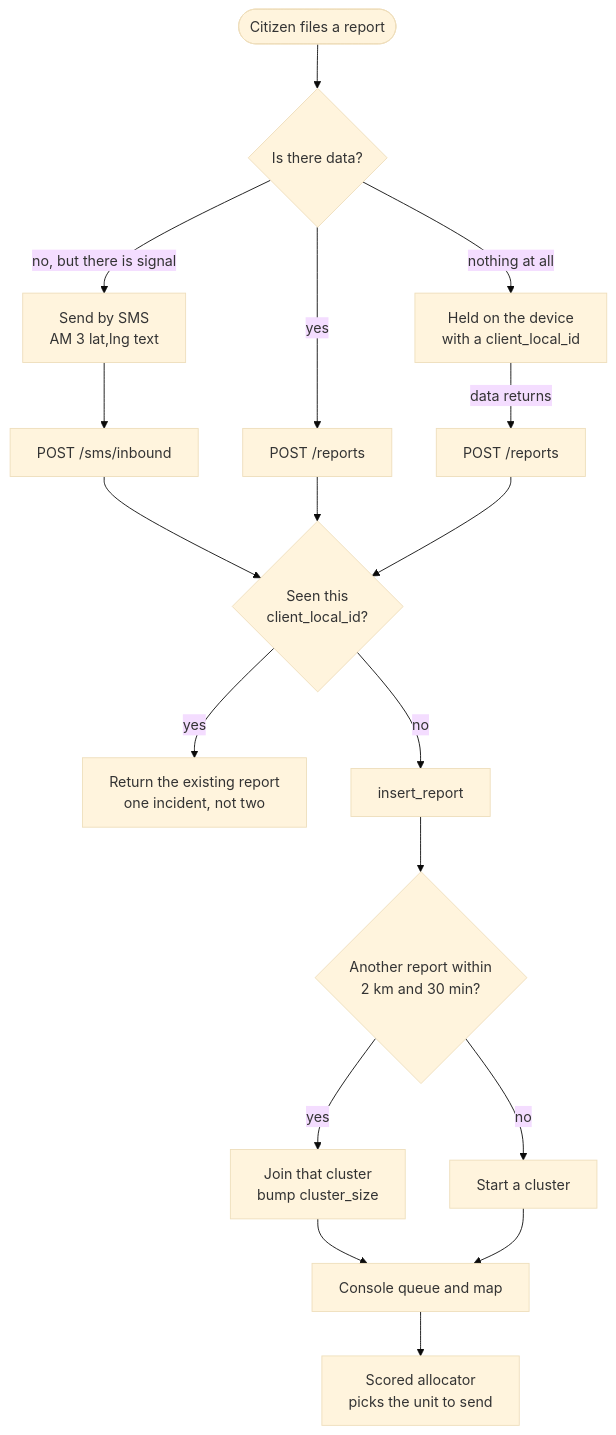
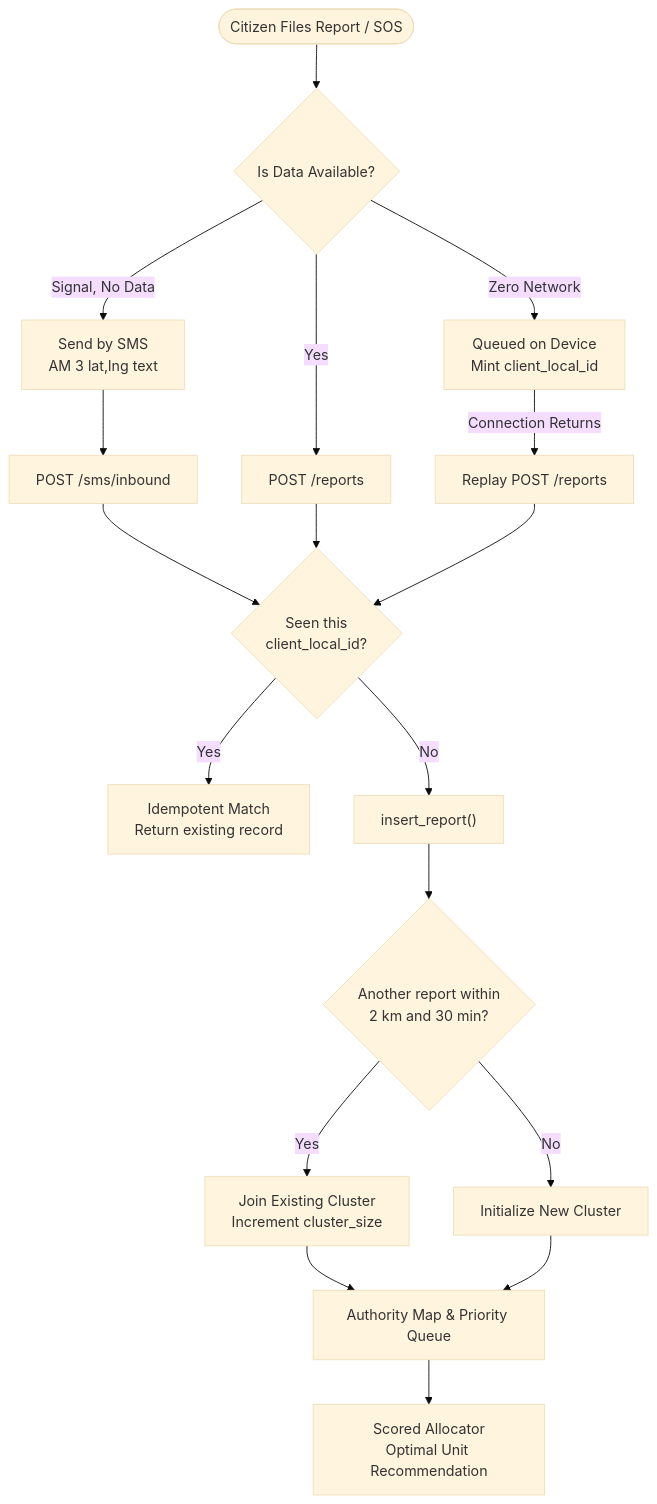
One commit to adarsh-67r/AapdaMitra changed the second of 2 diagrams in README.md. Above: the diagram before and after it, drawn with Mermaid (base theme). The commit also changed other lines of this file, not shown here.

First line of the commit message:
Upgrade README with comprehensive architecture, benchmarks, and demo script

````diff
--- a/README.md
+++ b/README.md
@@ -163,26 +92,26 @@
 ```mermaid
 flowchart TD
-  START(["Citizen files a report"]) --> NET{"Is there data?"}
+  START(["Citizen Files Report / SOS"]) --> NET{"Is Data Available?"}
 
-  NET -->|"yes"| POST["POST /reports"]
-  NET -->|"no, but there is signal"| SMS["Send by SMS<br/>AM 3 lat,lng text"]
-  NET -->|"nothing at all"| QUEUE["Held on the device<br/>with a client_local_id"]
+  NET -->|"Yes"| POST["POST /reports"]
+  NET -->|"Signal, No Data"| SMS["Send by SMS<br/>AM 3 lat,lng text"]
+  NET -->|"Zero Network"| QUEUE["Queued on Device<br/>Mint client_local_id"]
 
   SMS --> INBOUND["POST /sms/inbound"]
-  QUEUE -->|"data returns"| REPLAY["POST /reports"]
+  QUEUE -->|"Connection Returns"| REPLAY["Replay POST /reports"]
 
   INBOUND --> DEDUPE
   POST --> DEDUPE
   REPLAY --> DEDUPE{"Seen this<br/>client_local_id?"}
 
-  DEDUPE -->|"yes"| SAME["Return the existing report<br/>one incident, not two"]
-  DEDUPE -->|"no"| INSERT["insert_report"]
+  DEDUPE -->|"Yes"| SAME["Idempotent Match<br/>Return existing record"]
+  DEDUPE -->|"No"| INSERT["insert_report()"]
 
   INSERT --> CLUSTER{"Another report within<br/>2 km and 30 min?"}
-  CLUSTER -->|"yes"| JOIN["Join that cluster<br/>bump cluster_size"]
-  CLUSTER -->|"no"| NEW["Start a cluster"]
+  CLUSTER -->|"Yes"| JOIN["Join Existing Cluster<br/>Increment cluster_size"]
+  CLUSTER -->|"No"| NEW["Initialize New Cluster"]
 
-  JOIN --> CONSOLE["Console queue and map"]
+  JOIN --> CONSOLE["Authority Map & Priority Queue"]
   NEW --> CONSOLE
-  CONSOLE --> ALLOC["Scored allocator<br/>picks the unit to send"]
+  CONSOLE --> ALLOC["Scored Allocator<br/>Optimal Unit Recommendation"]
 ```
````
